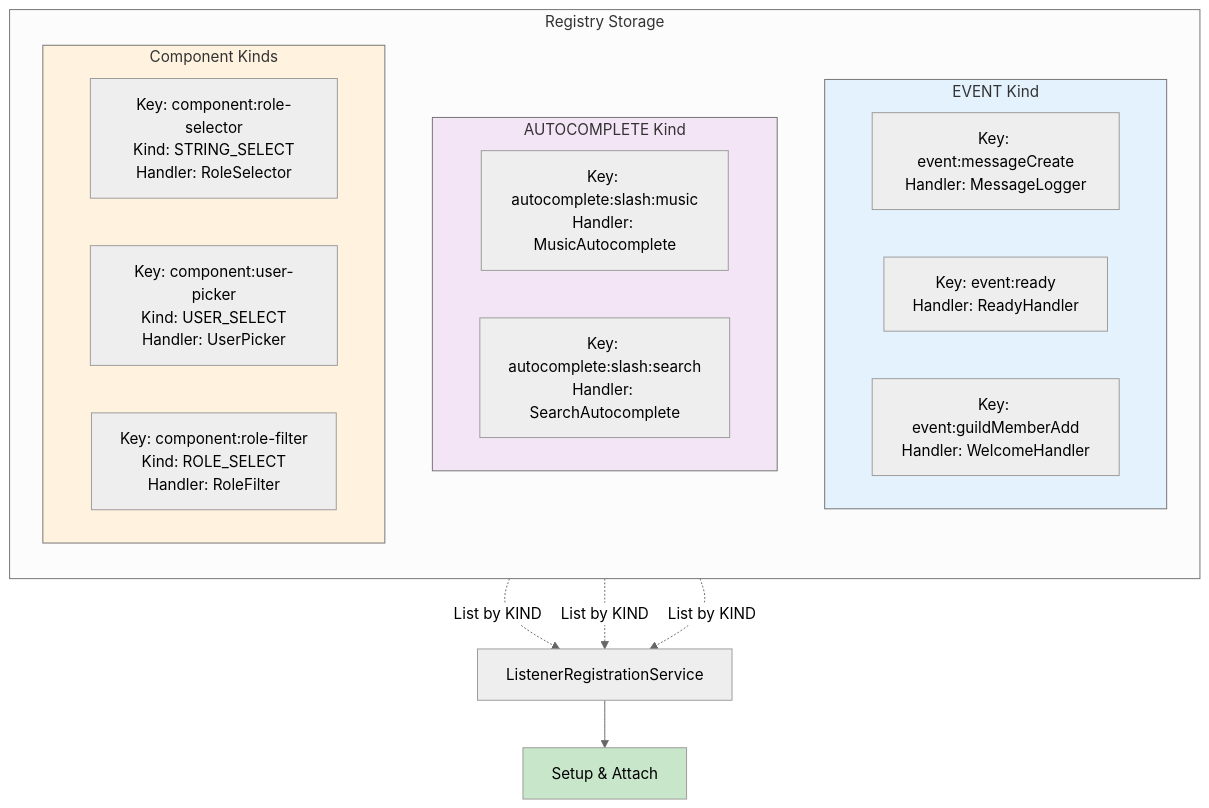
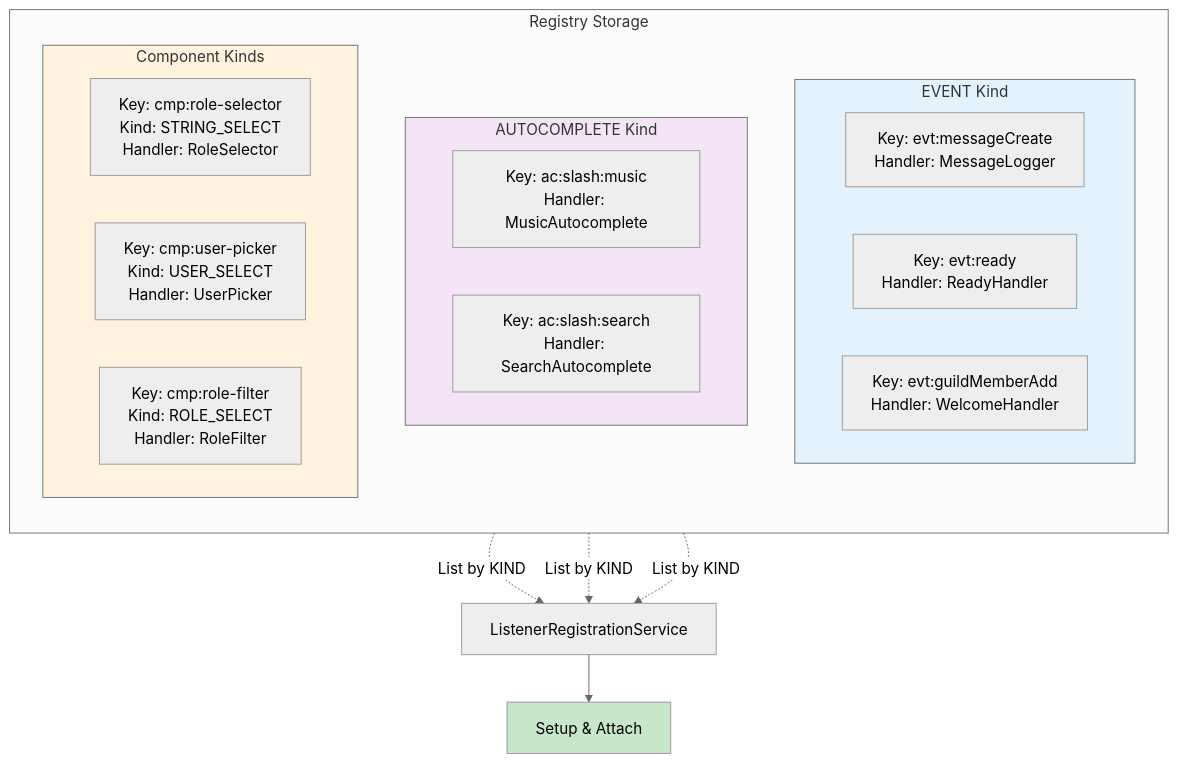
The eighth of 10 diagrams in docs/workflows/04-listener-registration.md (Gildraen/dbm-core), drawn with Mermaid (neutral theme) before and after one commit. The commit also changed 7 other files, not shown here.

````diff
--- a/docs/workflows/04-listener-registration.md
+++ b/docs/workflows/04-listener-registration.md
@@ -322,34 +322,34 @@
 ```mermaid
 graph TB
     subgraph Registry["Registry Storage"]
         direction TB
 
         subgraph Events["EVENT Kind"]
-            E1["Key: event:messageCreate<br/>Handler: MessageLogger"]
-            E2["Key: event:ready<br/>Handler: ReadyHandler"]
-            E3["Key: event:guildMemberAdd<br/>Handler: WelcomeHandler"]
+            E1["Key: evt:messageCreate<br/>Handler: MessageLogger"]
+            E2["Key: evt:ready<br/>Handler: ReadyHandler"]
+            E3["Key: evt:guildMemberAdd<br/>Handler: WelcomeHandler"]
         end
 
         subgraph Autocomplete["AUTOCOMPLETE Kind"]
-            A1["Key: autocomplete:slash:music<br/>Handler: MusicAutocomplete"]
-            A2["Key: autocomplete:slash:search<br/>Handler: SearchAutocomplete"]
+            A1["Key: ac:slash:music<br/>Handler: MusicAutocomplete"]
+            A2["Key: ac:slash:search<br/>Handler: SearchAutocomplete"]
         end
 
         subgraph SelectMenus["Component Kinds"]
-            S1["Key: component:role-selector<br/>Kind: STRING_SELECT<br/>Handler: RoleSelector"]
-            S2["Key: component:user-picker<br/>Kind: USER_SELECT<br/>Handler: UserPicker"]
-            S3["Key: component:role-filter<br/>Kind: ROLE_SELECT<br/>Handler: RoleFilter"]
+            S1["Key: cmp:role-selector<br/>Kind: STRING_SELECT<br/>Handler: RoleSelector"]
+            S2["Key: cmp:user-picker<br/>Kind: USER_SELECT<br/>Handler: UserPicker"]
+            S3["Key: cmp:role-filter<br/>Kind: ROLE_SELECT<br/>Handler: RoleFilter"]
         end
     end
 
     Events -.->|List by KIND| Service[ListenerRegistrationService]
     Autocomplete -.->|List by KIND| Service
     SelectMenus -.->|List by KIND| Service
 
     Service --> Setup[Setup & Attach]
 
     style Events fill:#e3f2fd
     style Autocomplete fill:#f3e5f5
     style SelectMenus fill:#fff3e0
     style Setup fill:#c8e6c9
 ```
````
